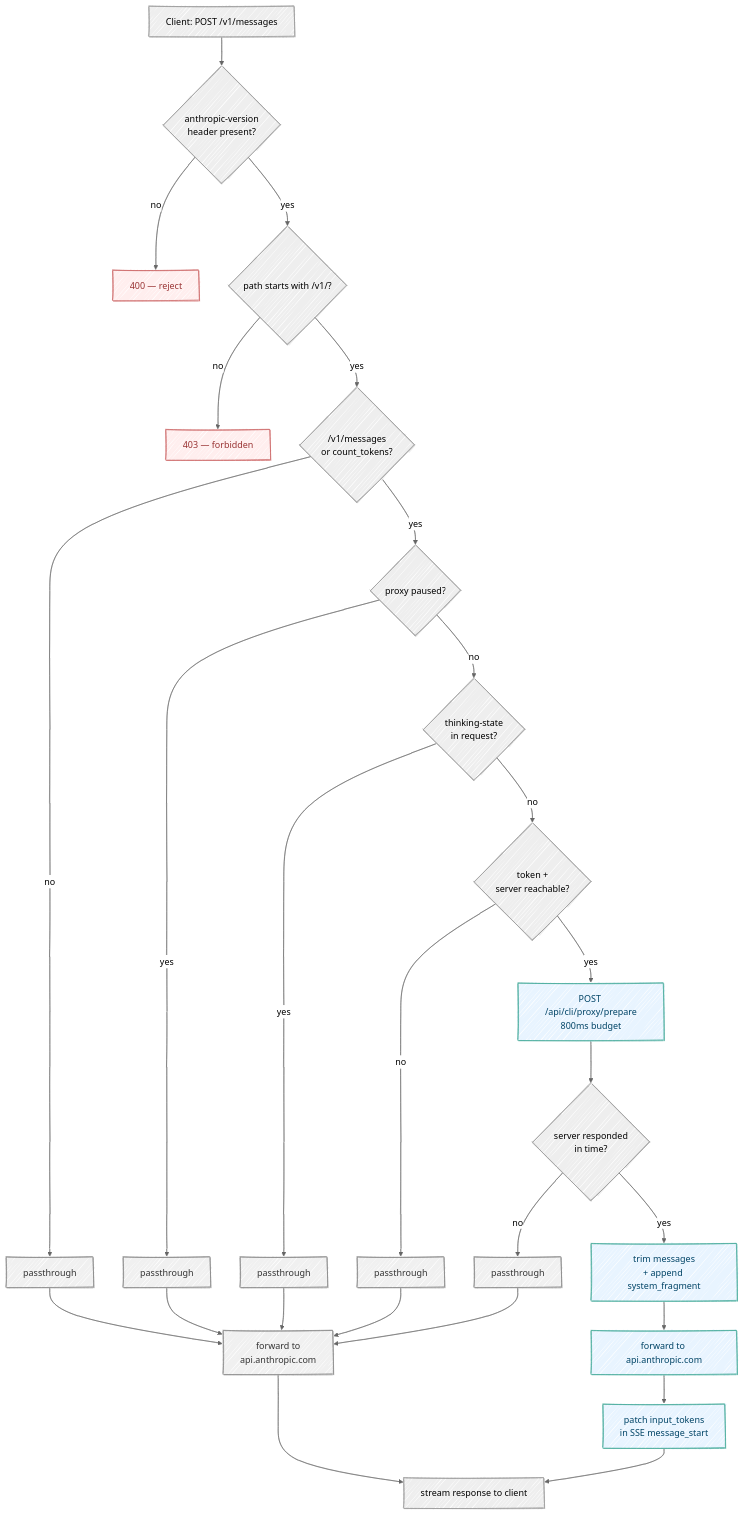
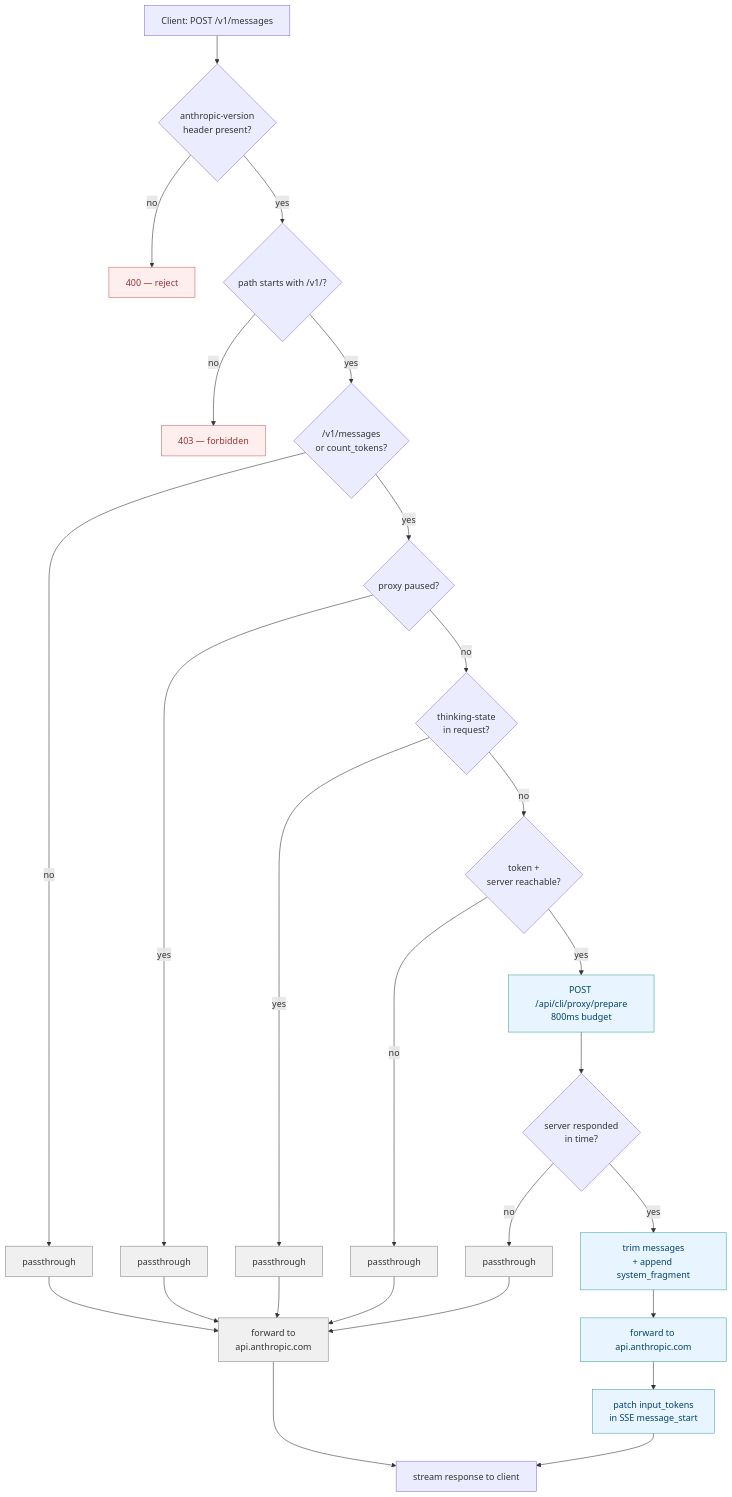
The first of 4 diagrams in README.md (TwoErgoSum/Ergosum-Proxy), drawn with Mermaid before and after one commit. The commit also changed other lines of this file, not shown here.

Commit message:
Add star history chart, revert hand-drawn mermaid look

````diff
--- a/README.md
+++ b/README.md
@@ -66,40 +66,35 @@
 ```mermaid
----
-config:
-  look: handDrawn
-  theme: neutral
----
 flowchart TD
     A[Client: POST /v1/messages] --> B{anthropic-version<br/>header present?}
     B -->|no| X[400 — reject]
     B -->|yes| C{path starts with /v1/?}
     C -->|no| Y[403 — forbidden]
     C -->|yes| D{/v1/messages<br/>or count_tokens?}
     D -->|no| F1[passthrough]
     D -->|yes| E{proxy paused?}
     E -->|yes| F2[passthrough]
     E -->|no| G{thinking-state<br/>in request?}
     G -->|yes| F3[passthrough]
     G -->|no| H{token +<br/>server reachable?}
     H -->|no| F4[passthrough]
     H -->|yes| I[POST /api/cli/proxy/prepare<br/>800ms budget]
     I --> J{server responded<br/>in time?}
     J -->|no| F5[passthrough]
     J -->|yes| K[trim messages<br/>+ append system_fragment]
     K --> L[forward to api.anthropic.com]
     L --> M[patch input_tokens<br/>in SSE message_start]
     M --> N[stream response to client]
     F1 --> L0[forward to<br/>api.anthropic.com]
     F2 --> L0
     F3 --> L0
     F4 --> L0
     F5 --> L0
     L0 --> N
 
     classDef pass fill:#f0f0f0,stroke:#888,color:#333
     classDef reject fill:#fee,stroke:#c66,color:#933
     classDef active fill:#e8f4ff,stroke:#4a9,color:#046
     class F1,F2,F3,F4,F5,L0 pass
     class X,Y reject
     class I,K,L,M active
 ```
````
